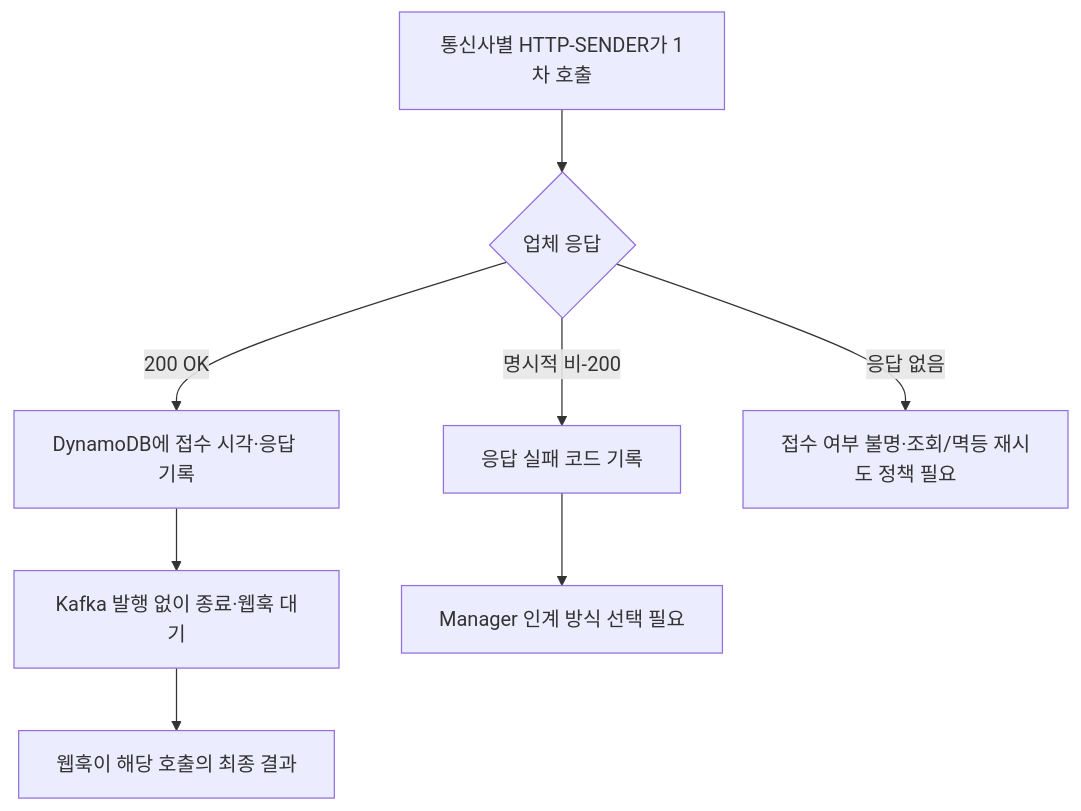
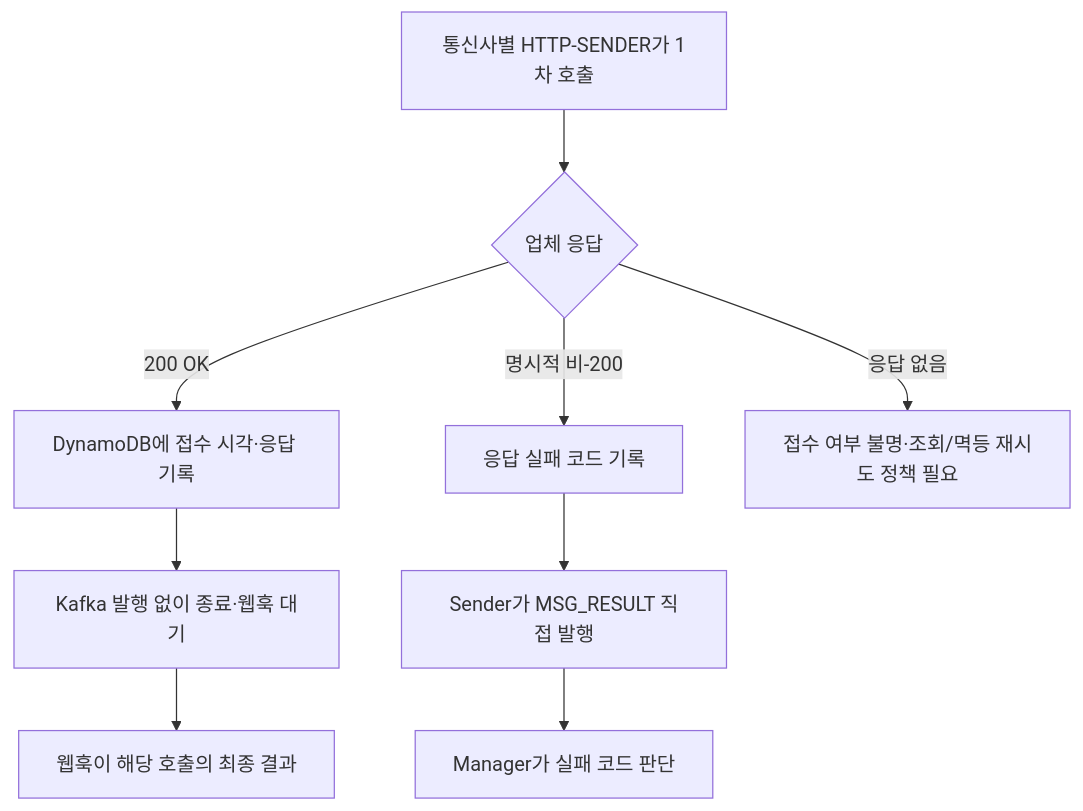
Before and after one commit to hyun-seung/High-throughput-event-platform: the sixth of 10 diagrams in docs/53-신규-메시지-케이스별-Call-Flow.md, drawn with Mermaid. The commit also changed other lines of this file and 7 other files, not shown here.

````diff
--- a/docs/53-신규-메시지-케이스별-Call-Flow.md
+++ b/docs/53-신규-메시지-케이스별-Call-Flow.md
@@ -169,10 +169,11 @@
 ```mermaid
 flowchart TD
     S[통신사별 HTTP-SENDER가 1차 호출] --> R{업체 응답}
     R -->|200 OK| A[DynamoDB에 접수 시각·응답 기록]
     A --> W[Kafka 발행 없이 종료·웹훅 대기]
     W --> H[웹훅이 해당 호출의 최종 결과]
     R -->|명시적 비-200| F[응답 실패 코드 기록]
-    F --> M[Manager 인계 방식 선택 필요]
+    F --> K[Sender가 MSG_RESULT 직접 발행]
+    K --> M[Manager가 실패 코드 판단]
     R -->|응답 없음| U[접수 여부 불명·조회/멱등 재시도 정책 필요]
 ```
````
